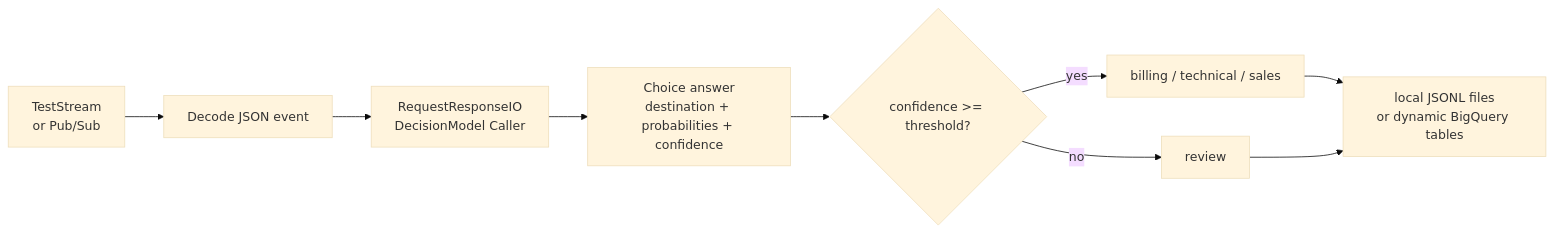
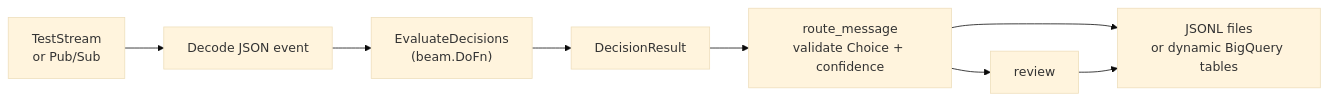
Before and after one commit to apache/beam: the diagram in sdks/python/apache_beam/examples/inference/decision_models/README.md, drawn with Mermaid (base theme). The commit also changed other lines of this file and 7 other files, not shown here.

Commit message:
[Python] Reuse decision model clients in a lightweight DoFn

````diff
--- a/sdks/python/apache_beam/examples/inference/decision_models/README.md
+++ b/sdks/python/apache_beam/examples/inference/decision_models/README.md
@@ -37,11 +29,10 @@
 ```mermaid
 flowchart LR
   source["TestStream<br/>or Pub/Sub"] --> decode["Decode JSON event"]
-  decode --> rr["RequestResponseIO<br/>DecisionModel Caller"]
-  rr --> choice["Choice answer<br/>destination + probabilities + confidence"]
-  choice --> gate{"confidence >= threshold?"}
-  gate -->|yes| route["billing / technical / sales"]
-  gate -->|no| review["review"]
-  route --> sink["local JSONL files<br/>or dynamic BigQuery tables"]
+  decode --> evaluate["EvaluateDecisions<br/>(beam.DoFn)"]
+  evaluate --> result["DecisionResult"]
+  result --> route["route_message<br/>validate Choice + confidence"]
+  route --> sink["JSONL files<br/>or dynamic BigQuery tables"]
+  route --> review["review"]
   review --> sink
 ```
````
